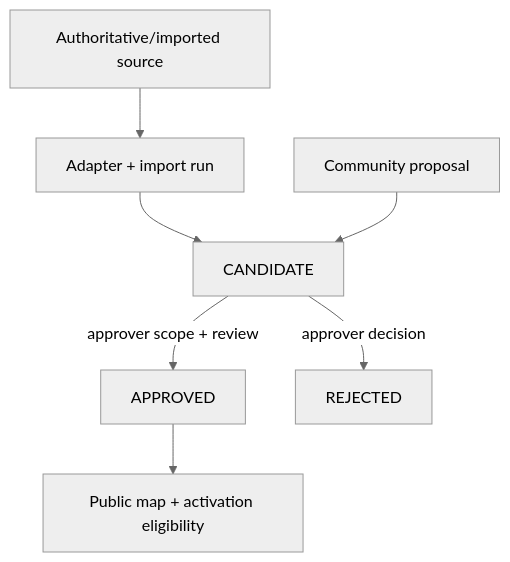
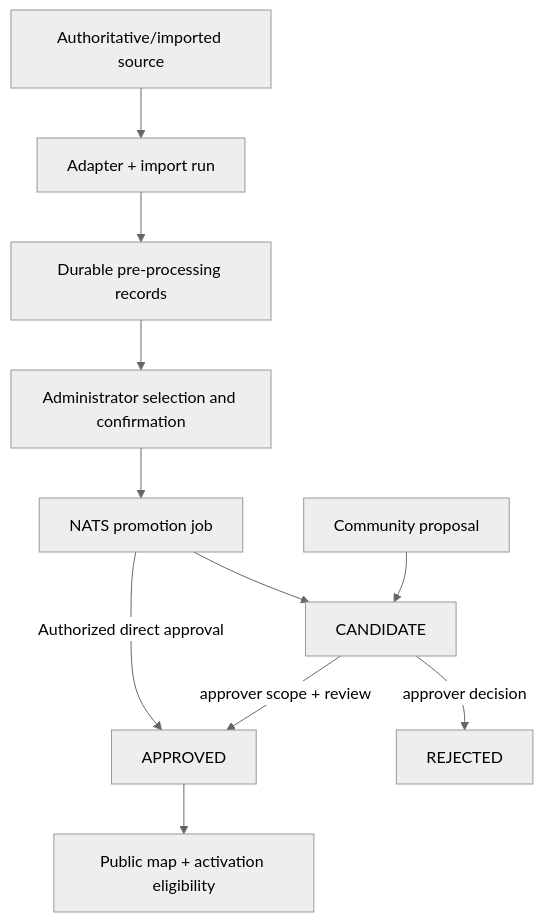
One commit to myota-platform/myota-platform changed the second of 2 diagrams in docs/architecture.md. Above: the diagram before and after it, drawn with Mermaid (neutral theme). The commit also changed other lines of this file and 3 other files, not shown here.

````diff
--- a/docs/architecture.md
+++ b/docs/architecture.md
@@ -31,9 +47,13 @@
 ```mermaid
 flowchart TD
   S[Authoritative/imported source] --> R[Adapter + import run]
-  R --> C[CANDIDATE]
+  R --> Pre[Durable pre-processing records]
+  Pre --> Validate[Administrator selection and confirmation]
+  Validate --> Queue[NATS promotion job]
+  Queue --> C[CANDIDATE]
+  Queue -->|Authorized direct approval| A[APPROVED]
   Q[Community proposal] --> C
-  C -->|approver scope + review| A[APPROVED]
+  C -->|approver scope + review| A
   C -->|approver decision| X[REJECTED]
   A --> M[Public map + activation eligibility]
 ```
````
